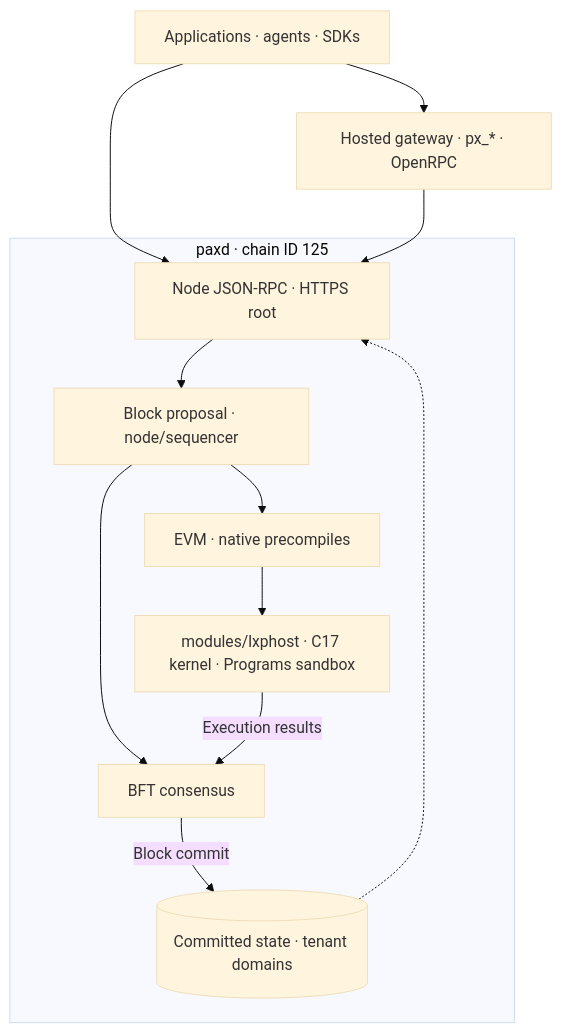
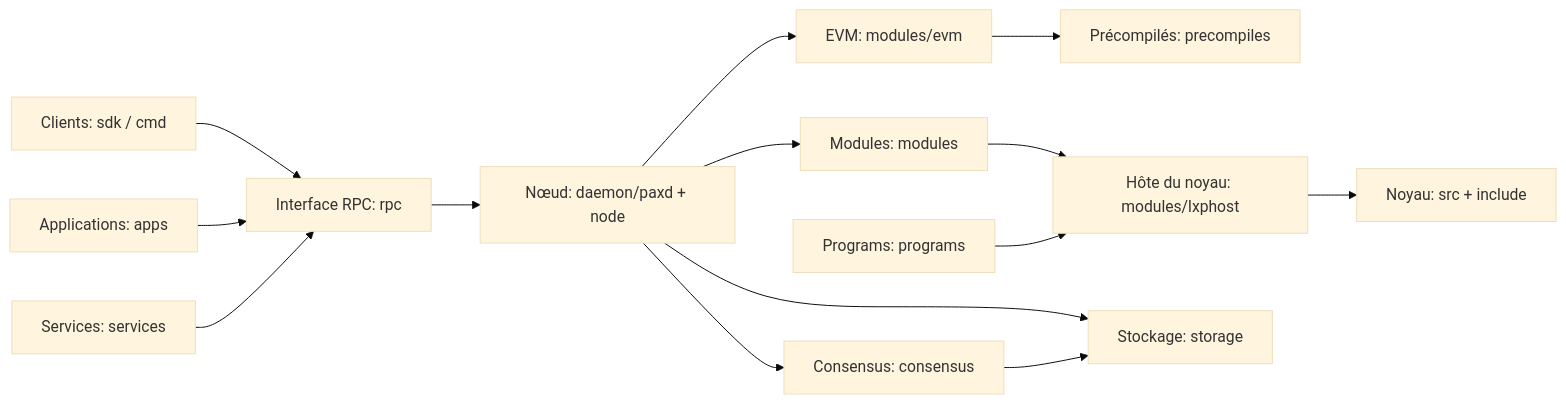
The diagram in docs/readme/README.fr.md (Sidiora-Labs/paxeer-monorepo), drawn with Mermaid (base theme) before and after one commit. The commit also changed other lines of this file and 6 other files, not shown here.

````diff
--- a/docs/readme/README.fr.md
+++ b/docs/readme/README.fr.md
@@ -157,23 +46,16 @@
 ```mermaid
-flowchart TB
-  clients["Applications · agents · SDKs"]
-  gateway["Hosted gateway · px_* · OpenRPC"]
-  subgraph node ["paxd · chain ID 125"]
-    api["Node JSON-RPC · HTTPS root"]
-    proposal["Block proposal · node/sequencer"]
-    consensus["BFT consensus"]
-    evm["EVM · native precompiles"]
-    host["modules/lxphost · C17 kernel · Programs sandbox"]
-    state[("Committed state · tenant domains")]
-  end
-  clients --> api
-  clients --> gateway
-  gateway --> api
-  api --> proposal
-  proposal --> evm
-  evm --> host
-  proposal --> consensus
-  host -->|"Execution results"| consensus
-  consensus -->|"Block commit"| state
-  state -.-> api
+flowchart LR
+    Clients["Clients: sdk / cmd"] --> RPC["Interface RPC: rpc"]
+    Apps["Applications: apps"] --> RPC
+    Services["Services: services"] --> RPC
+    RPC --> Node["Nœud: daemon/paxd + node"]
+    Node --> Consensus["Consensus: consensus"]
+    Node --> Modules["Modules: modules"]
+    Node --> EVM["EVM: modules/evm"]
+    EVM --> Precompiles["Précompilés: precompiles"]
+    Modules --> KernelHost["Hôte du noyau: modules/lxphost"]
+    KernelHost --> Kernel["Noyau: src + include"]
+    Programs["Programs: programs"] --> KernelHost
+    Node --> Storage["Stockage: storage"]
+    Consensus --> Storage
 ```
````
